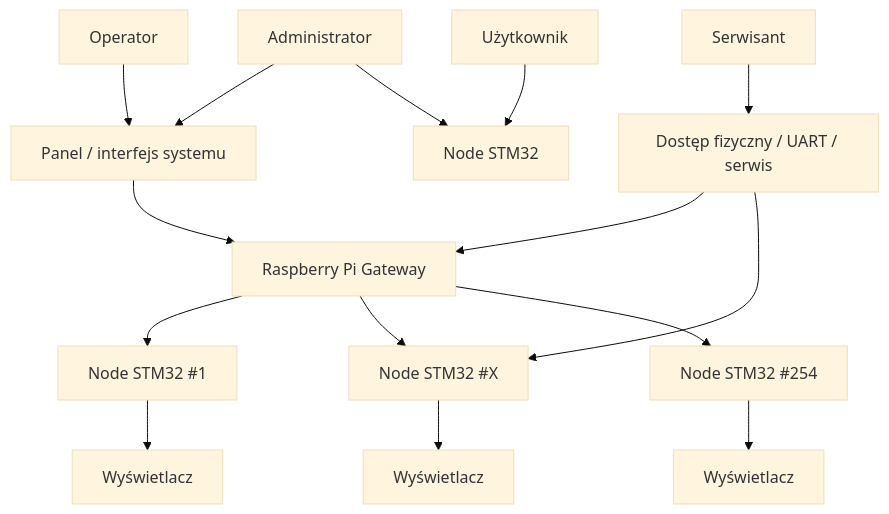
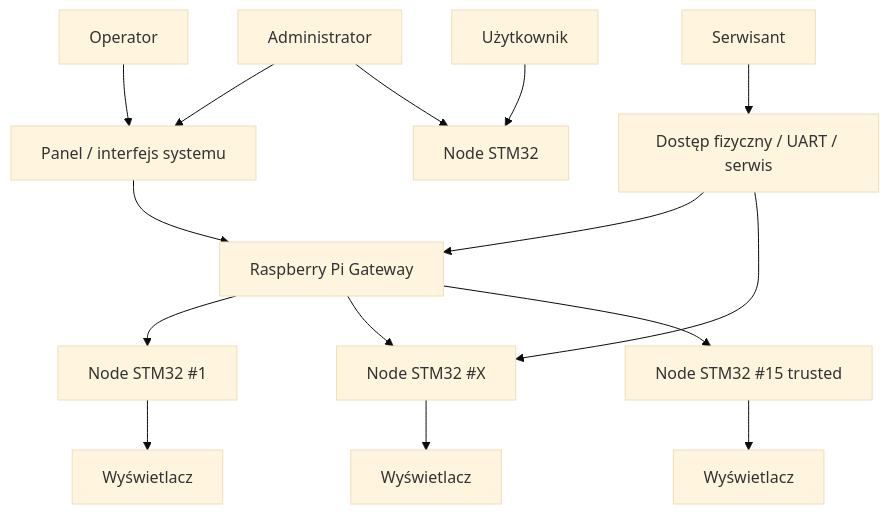
One commit to MikolajDrozdz/BEKO changed the first of 5 diagrams in README.md. Above: the diagram before and after it, drawn with Mermaid (base theme). The commit also changed other lines of this file and 10 other files, not shown here.

`````diff
--- a/README.md
+++ b/README.md
@@ -271,23 +292,23 @@
 ```mermaid
 graph TD
     A["Administrator"] --> WEB["Panel / interfejs systemu"]
     O["Operator"] --> WEB
     U["Użytkownik"] --> NODE["Node STM32"]
     A --> NODE
     S["Serwisant"] --> DEV["Dostęp fizyczny / UART / serwis"]
 
     WEB --> GW["Raspberry Pi Gateway"]
 
     GW --> N1["Node STM32 #1"]
     GW --> N2["Node STM32 #X"]
-    GW --> N3["Node STM32 #254"]
+    GW --> N3["Node STM32 #15 trusted"]
 
     N1 --> UI1["Wyświetlacz"]
 
     N2 --> UI2["Wyświetlacz"]
 
     N3 --> UI3["Wyświetlacz"]
 
     DEV --> GW
     DEV --> N2
 ````
`````
